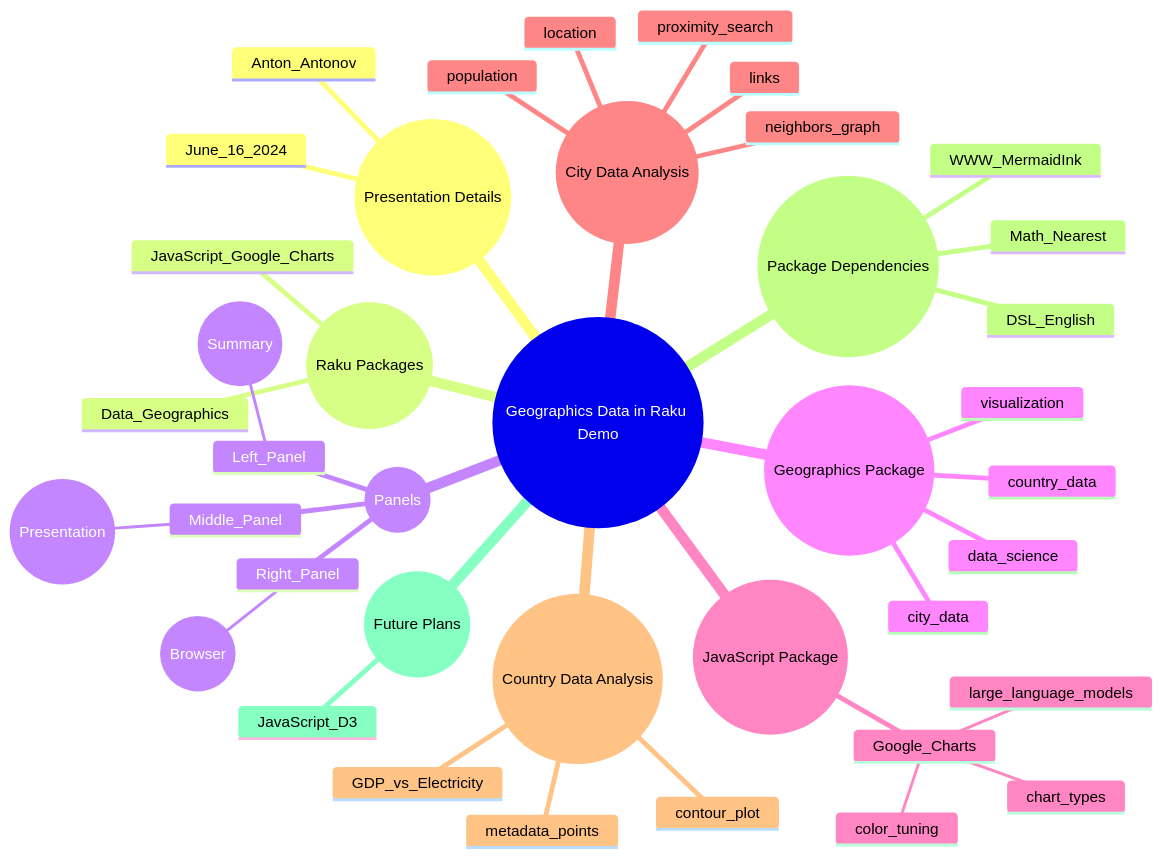
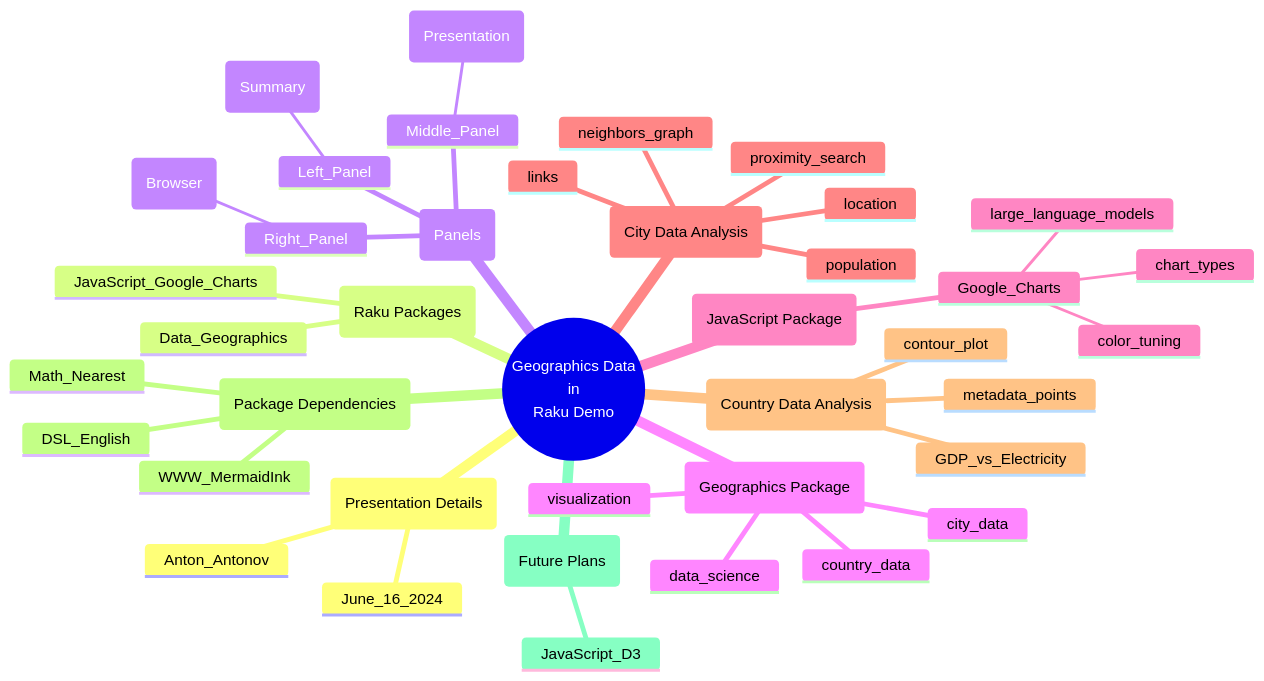
One commit to antononcube/RakuForPrediction-blog changed the diagram in Markdown/LLM-over-Geographics-data-in-Raku-demo-ChatGPT.md. Above: the diagram before and after it, drawn with Mermaid.

Commit message:
docs:Better mermaid mind-map.

````diff
--- a/Markdown/LLM-over-Geographics-data-in-Raku-demo-ChatGPT.md
+++ b/Markdown/LLM-over-Geographics-data-in-Raku-demo-ChatGPT.md
@@ -74,43 +74,43 @@
 ```mermaid
 mindmap
-  root((Geographics Data in Raku Demo))
-    subroot((Presentation Details))
+  root((Geographics Data<br>in<br>Raku Demo))
+    subroot(Presentation Details)
       Anton_Antonov
       June_16_2024
-    subroot((Raku Packages))
+    subroot(Raku Packages)
       Data_Geographics
       JavaScript_Google_Charts
-    subroot((Panels))
+    subroot(Panels)
       Left_Panel
-        summary((Summary))
+        summary(Summary)
       Middle_Panel
-        presentation((Presentation))
+        presentation(Presentation)
       Right_Panel
-        browser((Browser))
-    subroot((Geographics Package))
+        browser(Browser)
+    subroot(Geographics Package)
       country_data
       city_data
       data_science
       visualization
-    subroot((JavaScript Package))
+    subroot(JavaScript Package)
       Google_Charts
         chart_types
         color_tuning
         large_language_models
-    subroot((City Data Analysis))
+    subroot(City Data Analysis)
       location
       population
       links
       proximity_search
       neighbors_graph
-    subroot((Country Data Analysis))
+    subroot(Country Data Analysis)
       metadata_points
       GDP_vs_Electricity
       contour_plot
-    subroot((Package Dependencies))
+    subroot(Package Dependencies)
       DSL_English
       Math_Nearest
       WWW_MermaidInk
-    subroot((Future Plans))
+    subroot(Future Plans)
       JavaScript_D3
 ```
````
